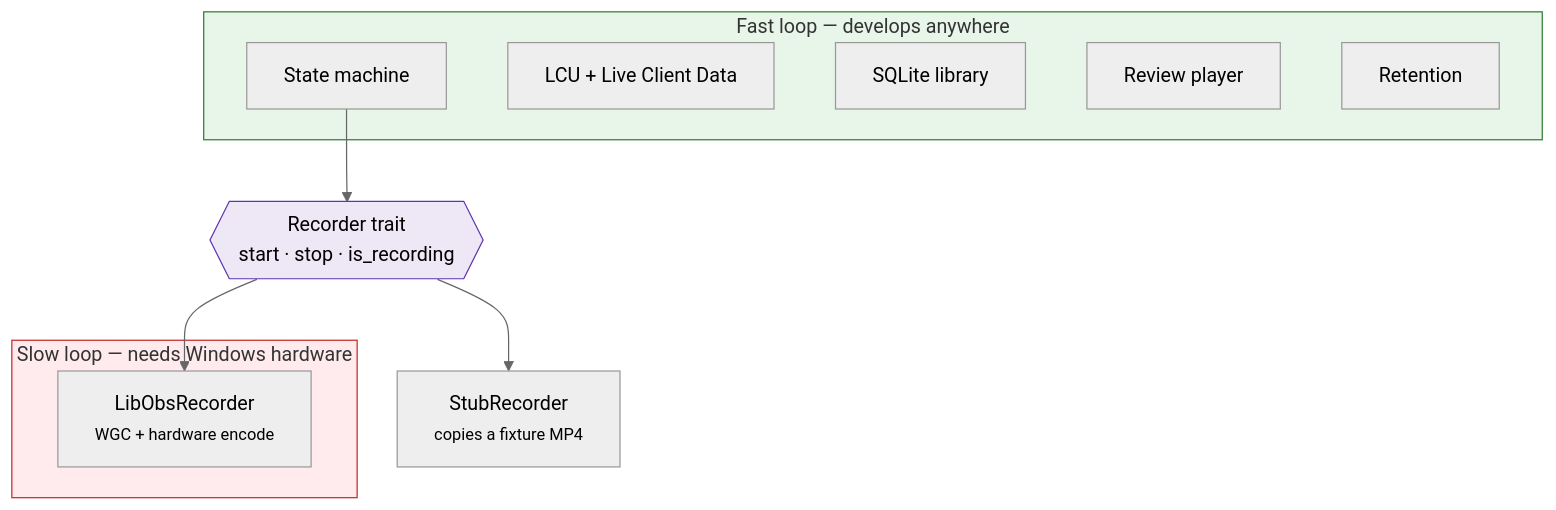
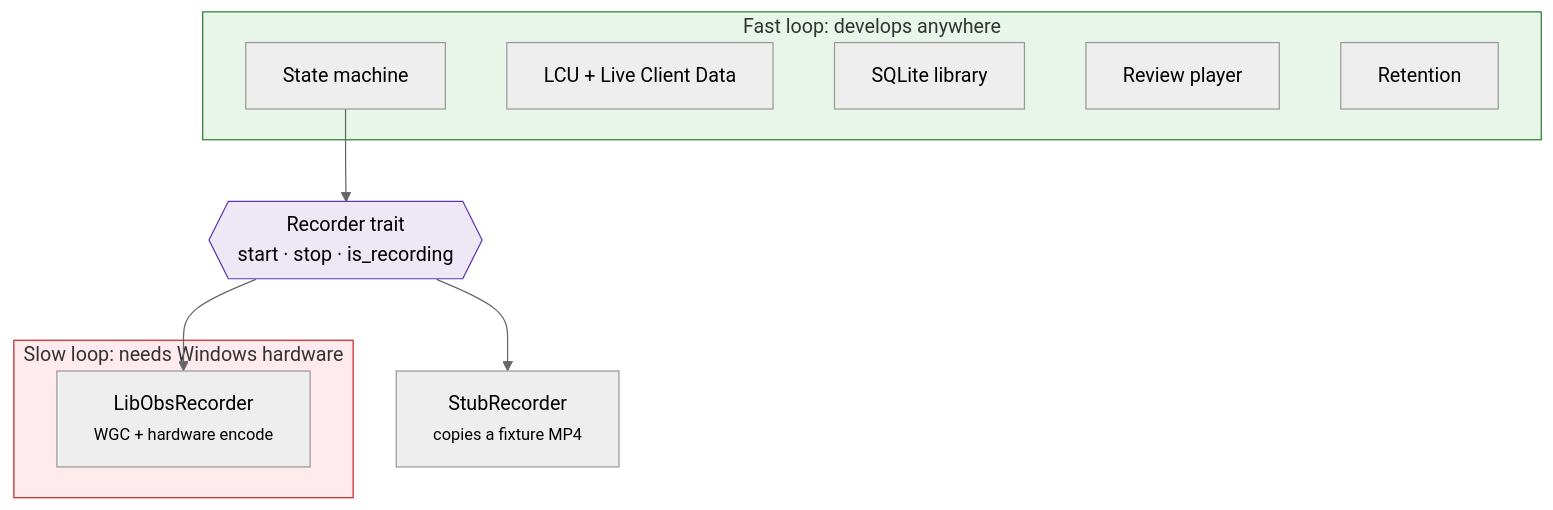
One commit to NinjaGoldfinch/ninja-recorder changed the first of 3 diagrams in docs/product-design.md. Above: the diagram before and after it, drawn with Mermaid (neutral theme). The commit also changed other lines of this file and 19 other files, not shown here.

````diff
--- a/docs/product-design.md
+++ b/docs/product-design.md
@@ -93,20 +93,20 @@
 ```mermaid
 flowchart TB
-    subgraph Slow["Slow loop — needs Windows hardware"]
+    subgraph Slow["Slow loop: needs Windows hardware"]
         L["LibObsRecorder<br/><small>WGC + hardware encode</small>"]
     end
-    subgraph Fast["Fast loop — develops anywhere"]
+    subgraph Fast["Fast loop: develops anywhere"]
         A["State machine"]
         B["LCU + Live Client Data"]
         C["SQLite library"]
         D["Review player"]
         E["Retention"]
     end
     T{{"Recorder trait<br/>start · stop · is_recording"}}
     A --> T
     T --> L
     T --> S["StubRecorder<br/><small>copies a fixture MP4</small>"]
     style T fill:#ede7f6,stroke:#5e35b1
     style Slow fill:#ffebee,stroke:#c62828
     style Fast fill:#e8f5e9,stroke:#2e7d32
 ```
````
